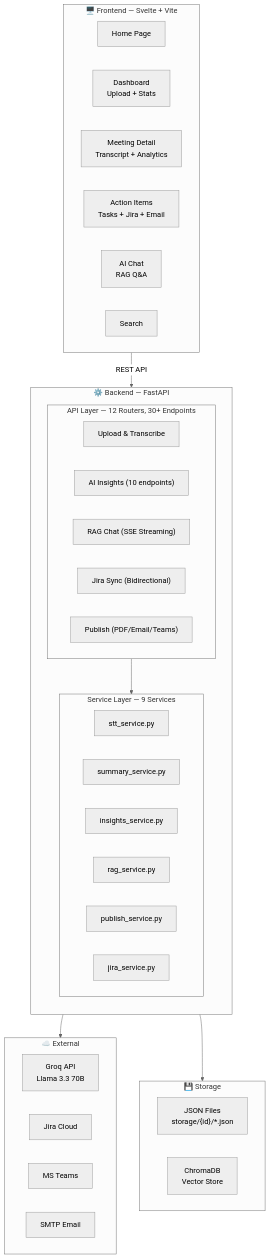
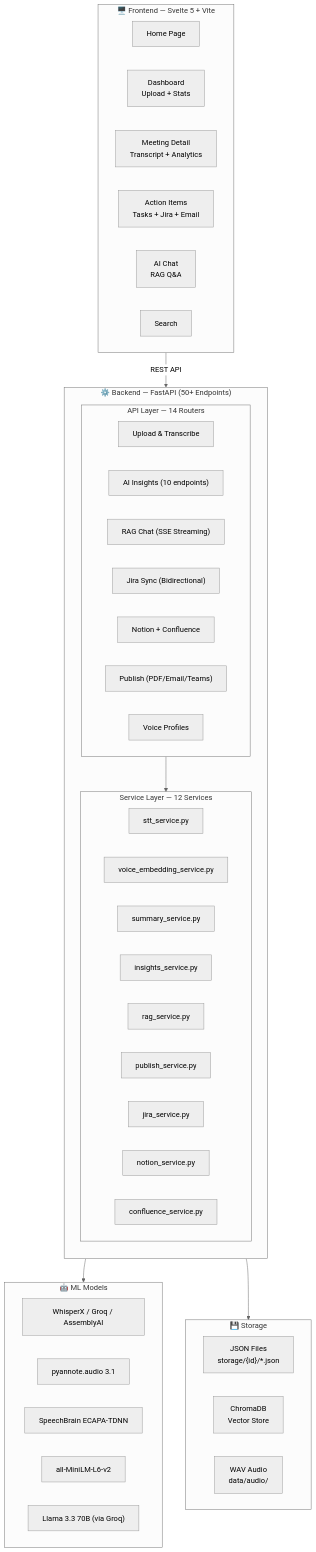
Before and after one commit to pawanuikey06/ContextIQ: the first of 2 diagrams in README.md, drawn with Mermaid (neutral theme). The commit also changed other lines of this file and 14 other files, not shown here.

````diff
--- a/README.md
+++ b/README.md
@@ -31,47 +55,54 @@
 ```mermaid
 graph TB
-    subgraph Client["🖥️ Frontend — Svelte + Vite"]
+    subgraph Client["🖥️ Frontend — Svelte 5 + Vite"]
         Home["Home Page"]
         Dash["Dashboard<br/>Upload + Stats"]
         MD["Meeting Detail<br/>Transcript + Analytics"]
         AI["Action Items<br/>Tasks + Jira + Email"]
         Chat["AI Chat<br/>RAG Q&A"]
         Search["Search"]
     end
 
-    subgraph Server["⚙️ Backend — FastAPI"]
+    subgraph Server["⚙️ Backend — FastAPI (50+ Endpoints)"]
         direction TB
-        subgraph API["API Layer — 12 Routers, 30+ Endpoints"]
+        subgraph API["API Layer — 14 Routers"]
             Upload["Upload & Transcribe"]
             Insights["AI Insights (10 endpoints)"]
             ChatAPI["RAG Chat (SSE Streaming)"]
             JiraAPI["Jira Sync (Bidirectional)"]
+            NotionAPI["Notion + Confluence"]
             Publish["Publish (PDF/Email/Teams)"]
+            VoiceAPI["Voice Profiles"]
         end
-        subgraph Services["Service Layer — 9 Services"]
+        subgraph Services["Service Layer — 12 Services"]
             STT["stt_service.py"]
+            VoiceEmb["voice_embedding_service.py"]
             Summary["summary_service.py"]
             InsightsSvc["insights_service.py"]
             RAG["rag_service.py"]
             PubSvc["publish_service.py"]
             JiraSvc["jira_service.py"]
+            NotionSvc["notion_service.py"]
+            ConfSvc["confluence_service.py"]
         end
     end
 
-    subgraph External["☁️ External"]
-        Groq["Groq API<br/>Llama 3.3 70B"]
-        Jira["Jira Cloud"]
-        Teams["MS Teams"]
-        SMTP["SMTP Email"]
+    subgraph ML["🤖 ML Models"]
+        Whisper["WhisperX / Groq / AssemblyAI"]
+        Pyannote["pyannote.audio 3.1"]
+        ECAPA["SpeechBrain ECAPA-TDNN"]
+        MiniLM["all-MiniLM-L6-v2"]
+        Llama["Llama 3.3 70B (via Groq)"]
     end
 
     subgraph Storage["💾 Storage"]
         FS["JSON Files<br/>storage/{id}/*.json"]
         Chroma["ChromaDB<br/>Vector Store"]
+        Audio["WAV Audio<br/>data/audio/"]
     end
 
     Client -->|REST API| API
     API --> Services
-    Services --> External
+    Services --> ML
     Services --> Storage
 ```
````
